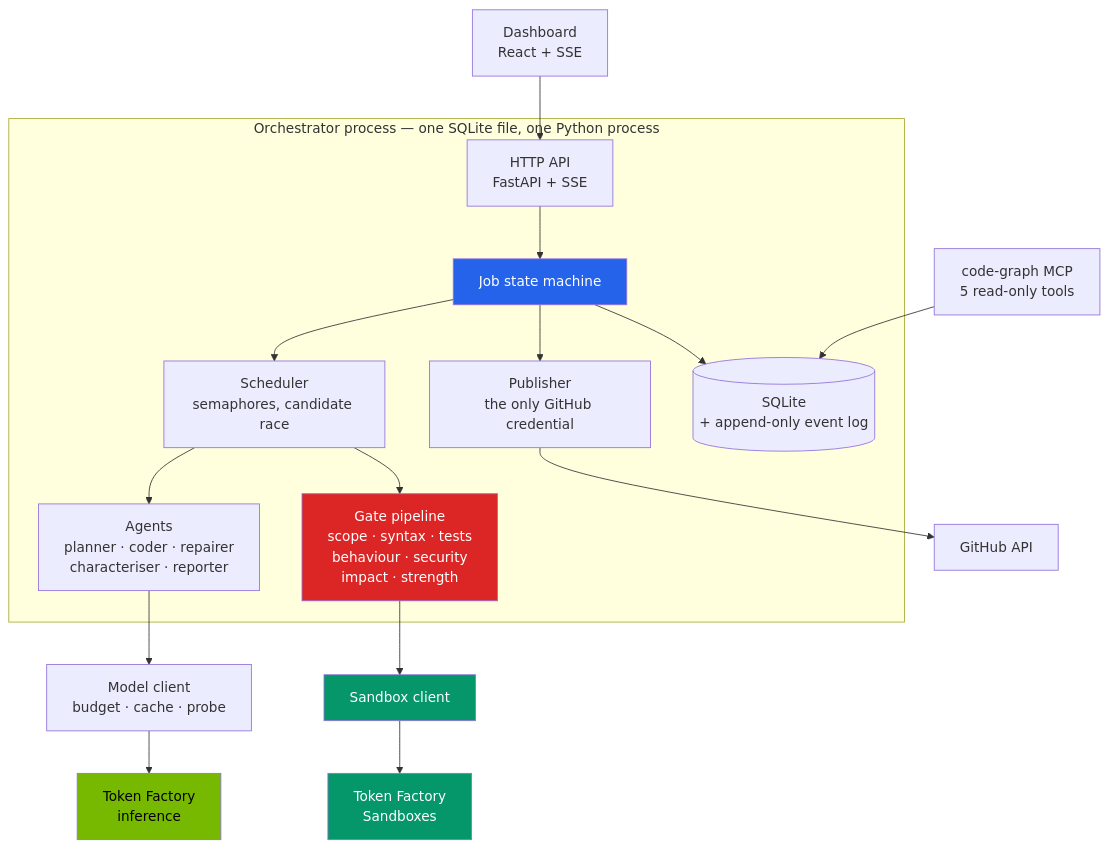
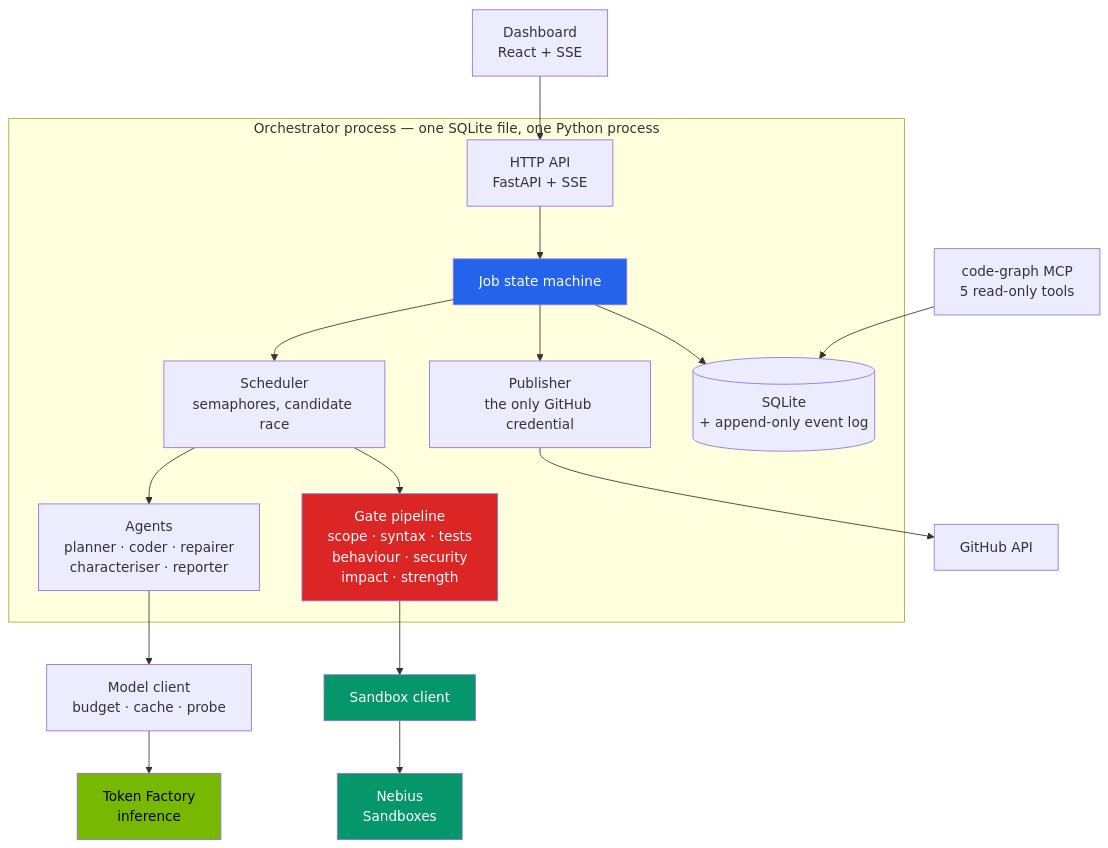
The second of 5 diagrams in README.md (BugHunterX2101/AMTDRS), drawn with Mermaid before and after one commit. The commit also changed other lines of this file, not shown here.

Commit message:
README: name the sandbox platform as the site does; describe the console pipeline and how the field sits under the copy

````diff
--- a/README.md
+++ b/README.md
@@ -244,24 +244,24 @@
 ```mermaid
 flowchart TB
     UI["Dashboard<br/>React + SSE"] --> API["HTTP API<br/>FastAPI + SSE"]
     subgraph ORCH["Orchestrator process — one SQLite file, one Python process"]
         API --> JOB["Job state machine"]
         JOB --> SCHED["Scheduler<br/>semaphores, candidate race"]
         SCHED --> AGENTS["Agents<br/>planner · coder · repairer<br/>characteriser · reporter"]
         SCHED --> GATES["Gate pipeline<br/>scope · syntax · tests<br/>behaviour · security<br/>impact · strength"]
         JOB --> PUB["Publisher<br/>the only GitHub credential"]
         JOB --> STORE[("SQLite<br/>+ append-only event log")]
     end
     AGENTS --> MODELS["Model client<br/>budget · cache · probe"]
     GATES --> SANDBOX["Sandbox client"]
     MCP["code-graph MCP<br/>5 read-only tools"] --> STORE
     MODELS --> TF2["Token Factory<br/>inference"]
-    SANDBOX --> SBX2["Token Factory<br/>Sandboxes"]
+    SANDBOX --> SBX2["Nebius<br/>Sandboxes"]
     PUB --> GH2["GitHub API"]
 
     style JOB fill:#2563eb,color:#fff
     style GATES fill:#dc2626,color:#fff
     style SANDBOX fill:#059669,color:#fff
     style SBX2 fill:#059669,color:#fff
     style TF2 fill:#76b900,color:#000
 ```
````
